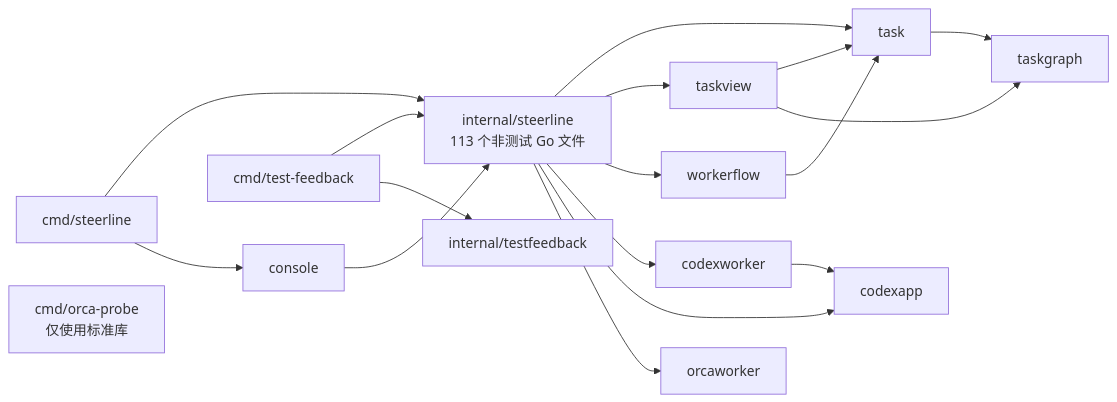
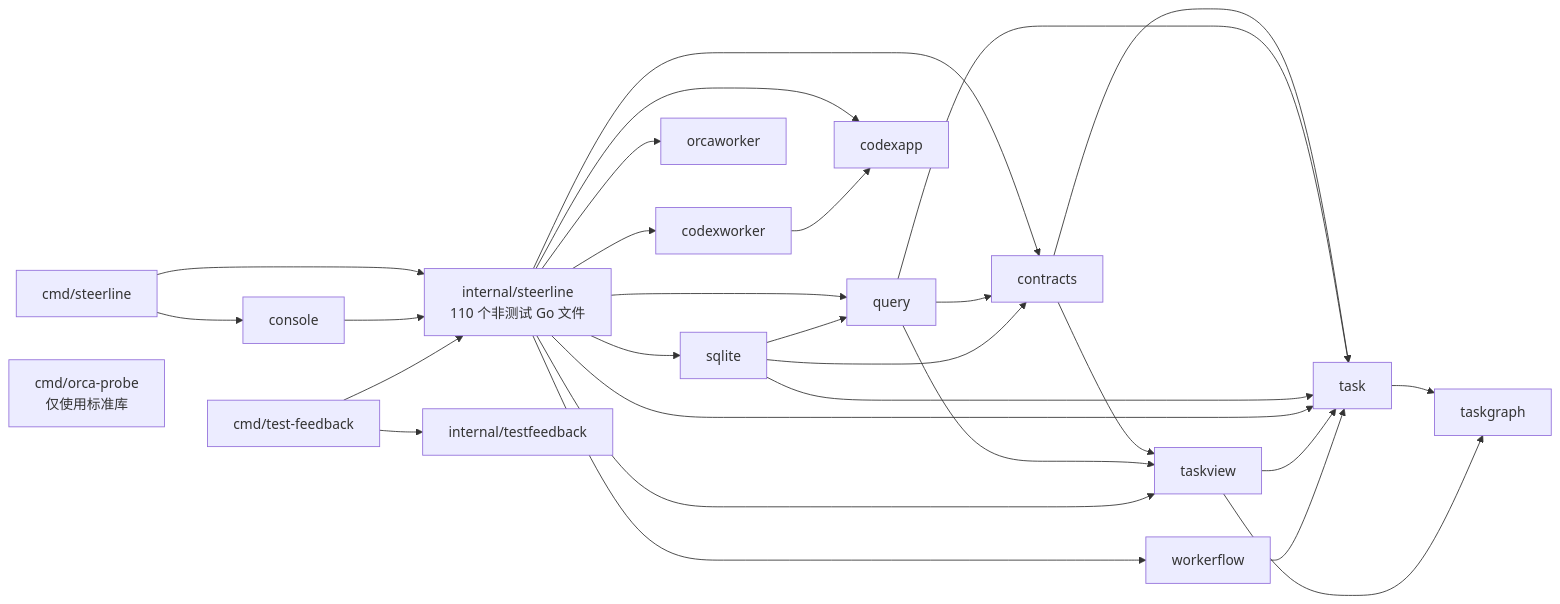
The second of 7 diagrams in docs/architecture/current-code-architecture.md (erranliu/SteerLine), drawn with Mermaid before and after one commit. The commit also changed other lines of this file and 61 other files, not shown here.

Commit message:
refactor: separate query contracts and SQLite read adapters

````diff
--- a/docs/architecture/current-code-architecture.md
+++ b/docs/architecture/current-code-architecture.md
@@ -70,22 +70,34 @@
 ```mermaid
 flowchart LR
-    CLI["cmd/steerline"] --> Core["internal/steerline<br/>113 个非测试 Go 文件"]
+    CLI["cmd/steerline"] --> Core["internal/steerline<br/>110 个非测试 Go 文件"]
     CLI --> Console["console"]
     Console --> Core
+
+    Core --> Contracts["contracts"]
+    Core --> QueryPackage["query"]
+    Core --> SQLiteReader["sqlite"]
+    Contracts --> Task
+    Contracts --> TaskView
+    QueryPackage --> Contracts
+    QueryPackage --> Task
+    QueryPackage --> TaskView
+    SQLiteReader --> Contracts
+    SQLiteReader --> QueryPackage
+    SQLiteReader --> Task
 
     Core --> Task["task"]
     Core --> TaskView["taskview"]
     Core --> Flow["workerflow"]
     Core --> CW["codexworker"]
     Core --> CA["codexapp"]
     Core --> OW["orcaworker"]
     Task --> Graph["taskgraph"]
     TaskView --> Task
     TaskView --> Graph
     Flow --> Task
     CW --> CA
 
     Feedback["cmd/test-feedback"] --> Core
     Feedback --> Summary["internal/testfeedback"]
     Probe["cmd/orca-probe<br/>仅使用标准库"]
 ```
````
